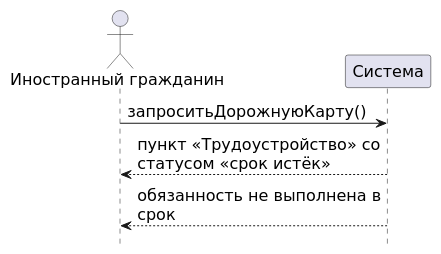
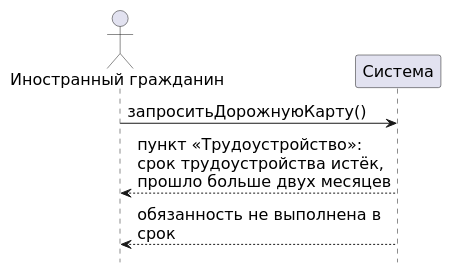
One commit to mflkee/study changed the diagram in tsu/5sem/Функциональное моделирование систем/документы/src/04-p2-alternativa-srok.puml. Above: the diagram before and after it, drawn with PlantUML. The commit also changed 9 other files, not shown here.

Commit message:
лаб. 3: самодостаточные сообщения на диаграммах, 600 dpi, уточнён срок

```diff
--- a/tsu/5sem/Функциональное моделирование систем/документы/src/04-p2-alternativa-srok.puml
+++ b/tsu/5sem/Функциональное моделирование систем/документы/src/04-p2-alternativa-srok.puml
@@ -1,13 +1,13 @@
 @startuml
 skinparam shadowing false
 skinparam defaultFontName "DejaVu Sans"
 skinparam defaultFontSize 16
 skinparam sequenceMessageAlign left
 skinparam maxMessageSize 260
 hide footbox
 actor "Иностранный гражданин" as IG
 participant "Система" as SYS
 IG -> SYS : запроситьДорожнуюКарту()
-SYS --> IG : пункт «Трудоустройство» со статусом «срок истёк»
+SYS --> IG : пункт «Трудоустройство»:\nсрок трудоустройства истёк,\nпрошло больше двух месяцев
 SYS --> IG : обязанность не выполнена в срок
 @enduml
```
